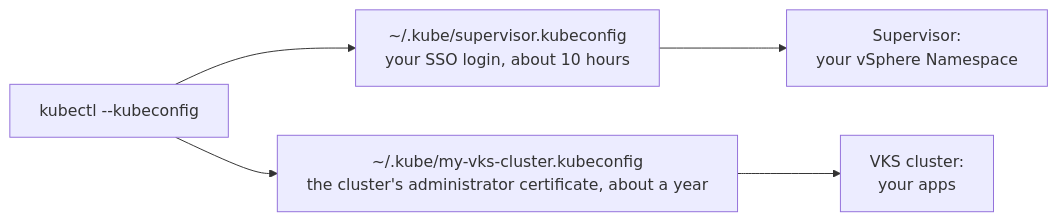
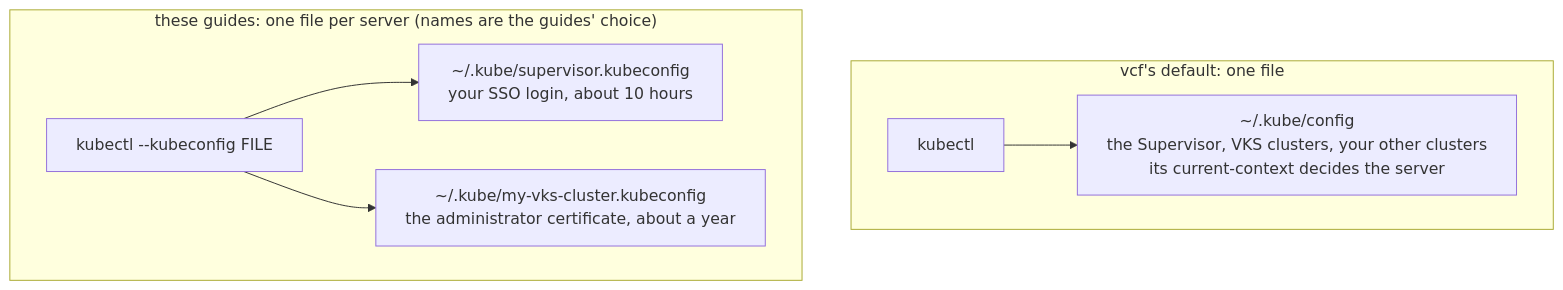
Before and after one commit to AndriyKalashnykov/vks-guides: the second of 3 diagrams in docs/VCF.md, drawn with Mermaid. The commit also changed other lines of this file, not shown here.

Commit message:
docs: VCF.md review fixes: VKS cluster login is the guides' choice (SSO is Broadcom's default), kubeconfig terms explained, ambiguity removed

````diff
--- a/docs/VCF.md
+++ b/docs/VCF.md
@@ -318,8 +322,11 @@
 ```mermaid
 %%{init: {"flowchart": {"htmlLabels": false, "wrappingWidth": 600}}}%%
-flowchart LR
-  k["kubectl --kubeconfig"] --> sk["~/.kube/supervisor.kubeconfig<br/>your SSO login, about 10 hours"]
-  k --> ck["~/.kube/my-vks-cluster.kubeconfig<br/>the cluster's administrator certificate, about a year"]
-  sk --> S["Supervisor:<br/>your vSphere Namespace"]
-  ck --> C["VKS cluster:<br/>your apps"]
+flowchart TB
+  subgraph def["vcf's default: one file"]
+    dk["kubectl"] --> df["~/.kube/config<br/>the Supervisor, VKS clusters, your other clusters<br/>its current-context decides the server"]
+  end
+  subgraph guides["these guides: one file per server (names are the guides' choice)"]
+    gk["kubectl --kubeconfig FILE"] --> gs["~/.kube/supervisor.kubeconfig<br/>your SSO login, about 10 hours"]
+    gk --> gc["~/.kube/my-vks-cluster.kubeconfig<br/>the administrator certificate, about a year"]
+  end
 ```
````
